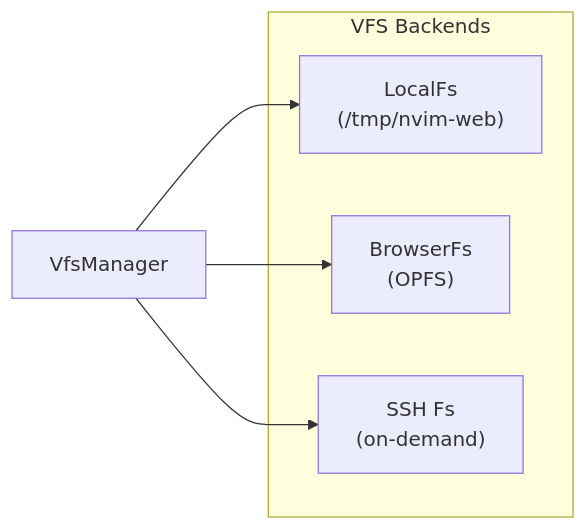
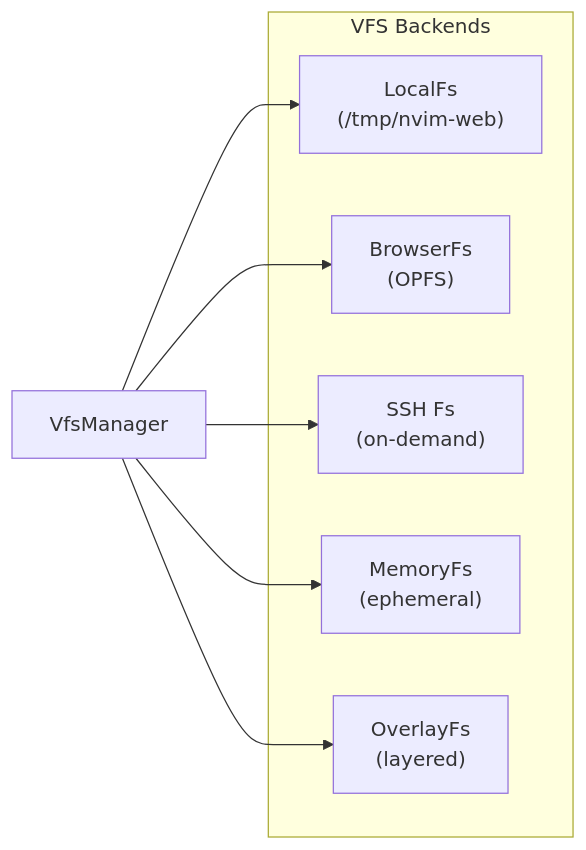
Before and after one commit to kj114022/nvim-web: the seventh of 10 diagrams in docs/architecture.md, drawn with Mermaid. The commit also changed other lines of this file and 69 other files, not shown here.

````diff
--- a/docs/architecture.md
+++ b/docs/architecture.md
@@ -153,12 +156,16 @@
 ```mermaid
 graph LR
     subgraph "VFS Backends"
         Local["LocalFs<br/>(/tmp/nvim-web)"]
         Browser["BrowserFs<br/>(OPFS)"]
         SSH["SSH Fs<br/>(on-demand)"]
+        Memory["MemoryFs<br/>(ephemeral)"]
+        Overlay["OverlayFs<br/>(layered)"]
     end
     
     Manager["VfsManager"] --> Local
     Manager --> Browser
     Manager --> SSH
+    Manager --> Memory
+    Manager --> Overlay
 ```
````
